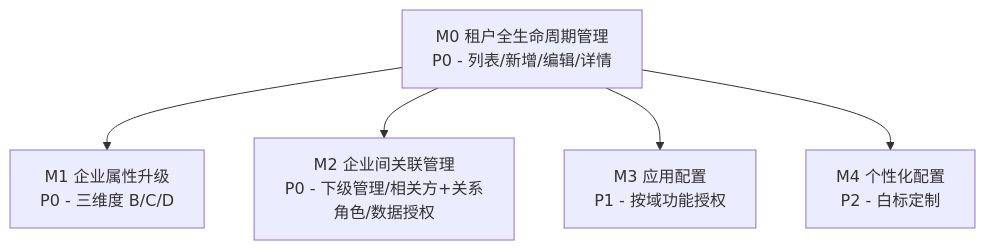
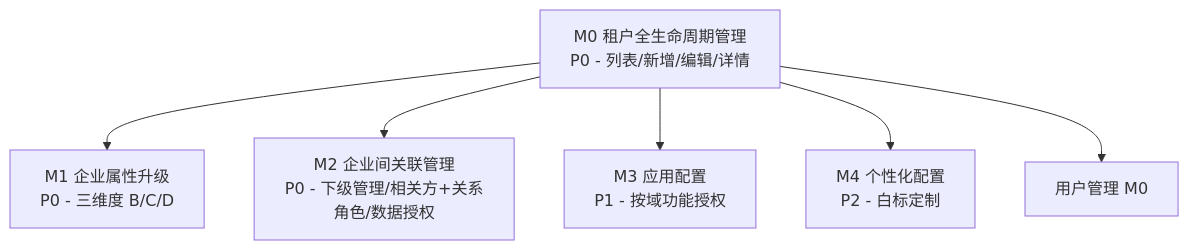
The diagram in docs/租户管理/module-plan.md (LiSunny/SaaS_Demo), drawn with Mermaid before and after one commit. The commit also changed other lines of this file and 85 other files, not shown here.

````diff
--- a/docs/租户管理/module-plan.md
+++ b/docs/租户管理/module-plan.md
@@ -137,13 +138,15 @@
 ```mermaid
 graph TD
     M0[ M0 租户全生命周期管理<br/>P0 - 列表/新增/编辑/详情 ]
     M1[ M1 企业属性升级<br/>P0 - 三维度 B/C/D ]
     M2[ M2 企业间关联管理<br/>P0 - 下级管理/相关方+关系角色/数据授权 ]
     M3[ M3 应用配置<br/>P1 - 按域功能授权 ]
     M4[ M4 个性化配置<br/>P2 - 白标定制 ]
+    USER[用户管理 M0]
 
     M0 --> M1
     M0 --> M2
     M0 --> M3
     M0 --> M4
+    M0 --> USER
 ```
````
